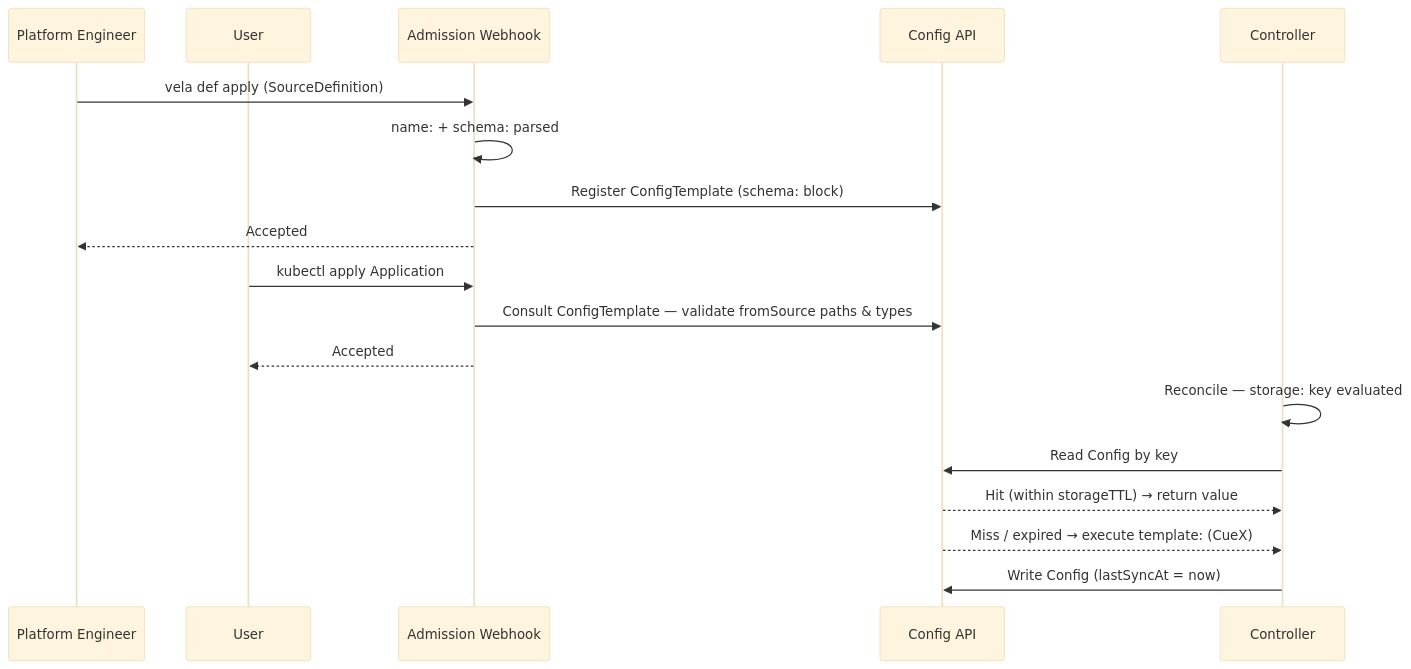
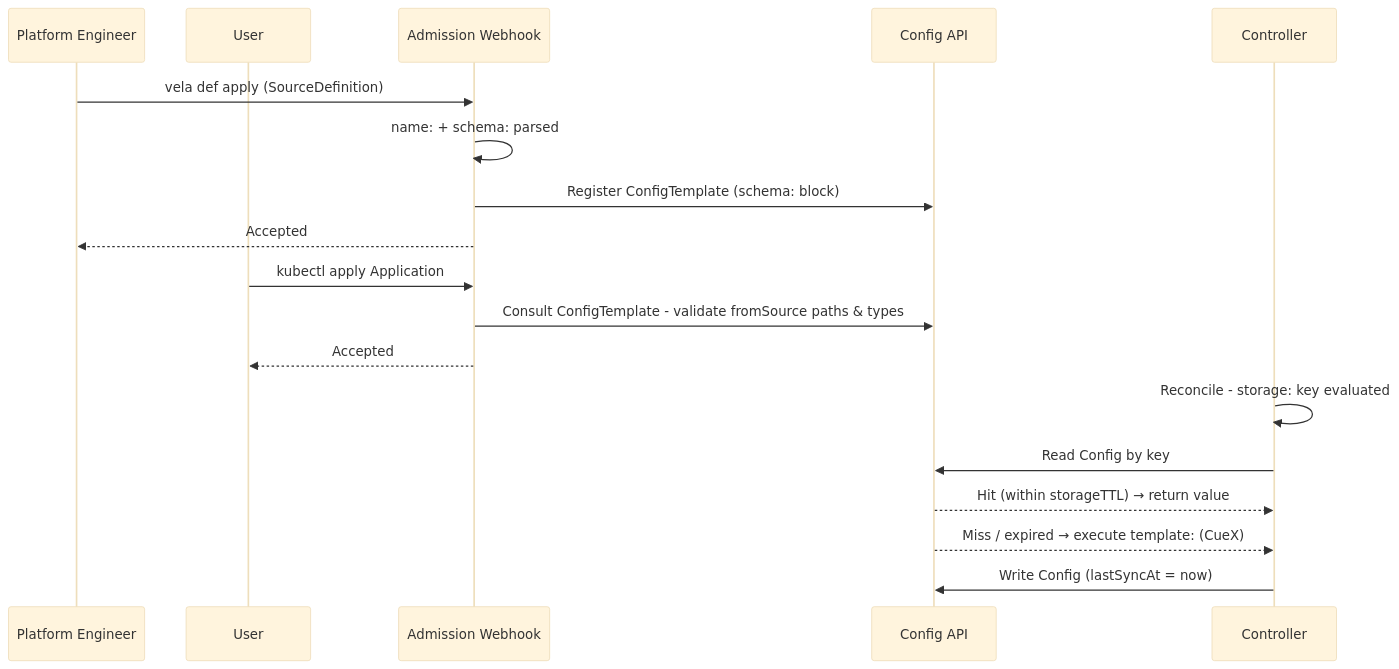
Before and after one commit to kubevela/kubevela: the second of 4 diagrams in design/vela-core/keps/2.16-source-definition/README.md, drawn with Mermaid (base theme). The commit also changed other lines of this file and 2 other files, not shown here.

````diff
--- a/design/vela-core/keps/2.16-source-definition/README.md
+++ b/design/vela-core/keps/2.16-source-definition/README.md
@@ -72,23 +107,23 @@
 ```mermaid
 sequenceDiagram
     participant PE as Platform Engineer
     participant U as User
     participant AW as Admission Webhook
     participant CA as Config API
     participant Ctrl as Controller
 
     PE->>AW: vela def apply (SourceDefinition)
     AW->>AW: name: + schema: parsed
     AW->>CA: Register ConfigTemplate (schema: block)
     AW-->>PE: Accepted
 
     U->>AW: kubectl apply Application
-    AW->>CA: Consult ConfigTemplate — validate fromSource paths & types
+    AW->>CA: Consult ConfigTemplate - validate fromSource paths & types
     AW-->>U: Accepted
 
-    Ctrl->>Ctrl: Reconcile — storage: key evaluated
+    Ctrl->>Ctrl: Reconcile - storage: key evaluated
     Ctrl->>CA: Read Config by key
     CA-->>Ctrl: Hit (within storageTTL) → return value
     CA-->>Ctrl: Miss / expired → execute template: (CueX)
     Ctrl->>CA: Write Config (lastSyncAt = now)
 ```
````
